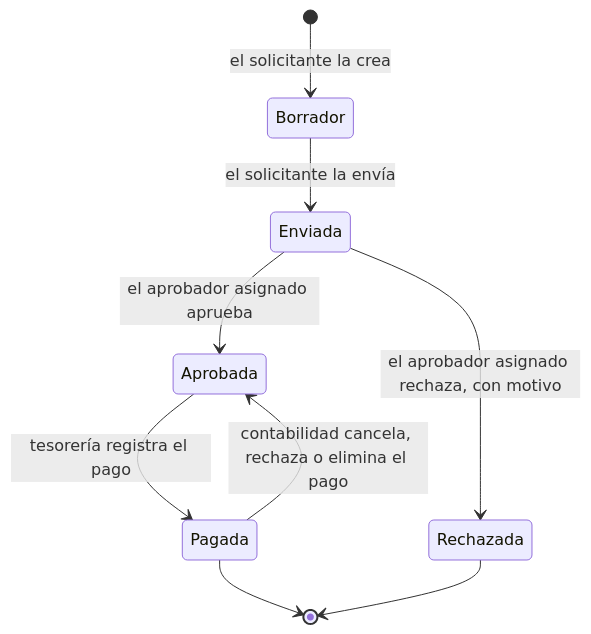
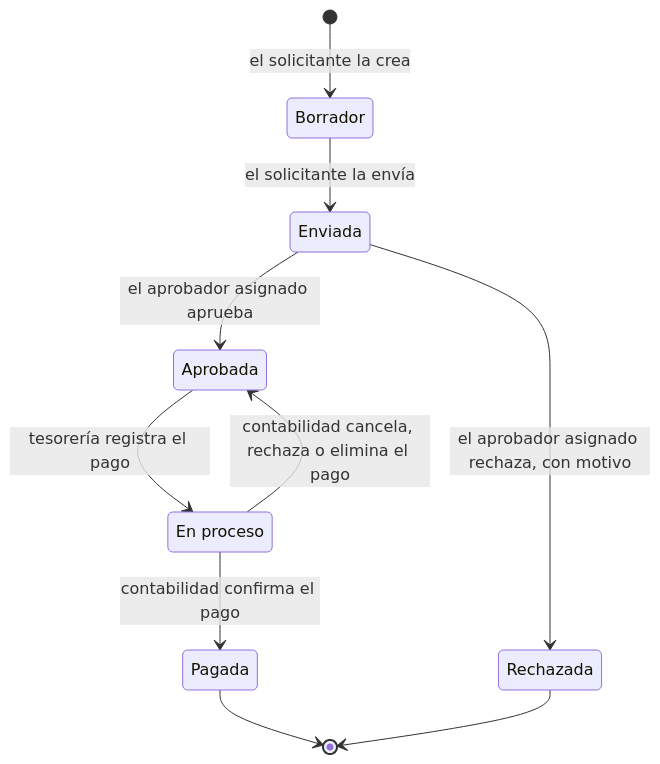
One commit to victormld/docker-odoo changed the diagram in src/custom/prueba-tecnica/payment_request/README.md. Above: the diagram before and after it, drawn with Mermaid. The commit also changed other lines of this file, not shown here.

First line of the commit message:
[DOC] payment_request: estatus En proceso en el README

````diff
--- a/src/custom/prueba-tecnica/payment_request/README.md
+++ b/src/custom/prueba-tecnica/payment_request/README.md
@@ -40,11 +40,13 @@
 ```mermaid
 stateDiagram-v2
     [*] --> Borrador: el solicitante la crea
     Borrador --> Enviada: el solicitante la envía
     Enviada --> Aprobada: el aprobador asignado aprueba
     Enviada --> Rechazada: el aprobador asignado rechaza, con motivo
-    Aprobada --> Pagada: tesorería registra el pago
-    Pagada --> Aprobada: contabilidad cancela, rechaza o elimina el pago
+    state "En proceso" as EnProceso
+    Aprobada --> EnProceso: tesorería registra el pago
+    EnProceso --> Pagada: contabilidad confirma el pago
+    EnProceso --> Aprobada: contabilidad cancela, rechaza o elimina el pago
     Pagada --> [*]
     Rechazada --> [*]
 ```
````
